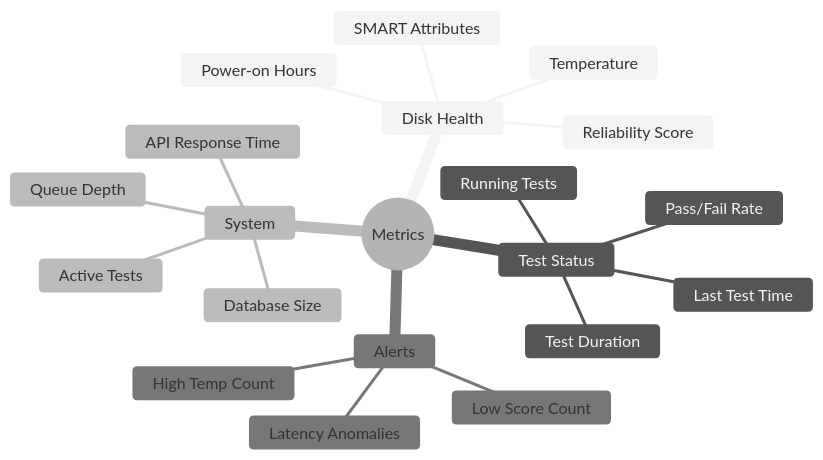
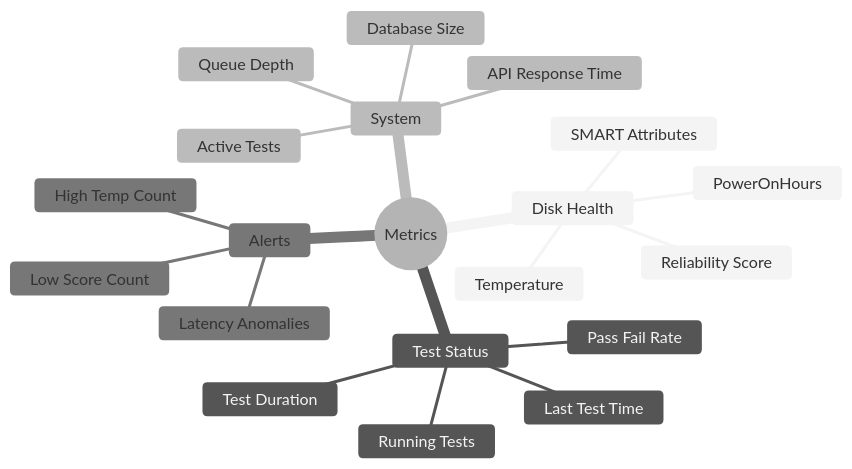
Before and after one commit to jwcrowley/burnie: diagram 12 of 12 in ARCHITECTURE.md, drawn with Mermaid (neutral theme).

Commit message:
Fix mindmap hyphens causing rendering issues
Replace hyphens with camelCase or spaces to avoid Mermaid parsing bugs

````diff
--- a/ARCHITECTURE.md
+++ b/ARCHITECTURE.md
@@ -485,23 +485,23 @@
 ```mermaid
 mindmap
     root((Metrics))
         Disk Health
             Reliability Score
             SMART Attributes
             Temperature
-            Power-on Hours
+            PowerOnHours
         Test Status
             Running Tests
-            Pass/Fail Rate
+            Pass Fail Rate
             Test Duration
             Last Test Time
         System
             Active Tests
             Queue Depth
             Database Size
             API Response Time
         Alerts
             Low Score Count
             High Temp Count
             Latency Anomalies
 ```
````
